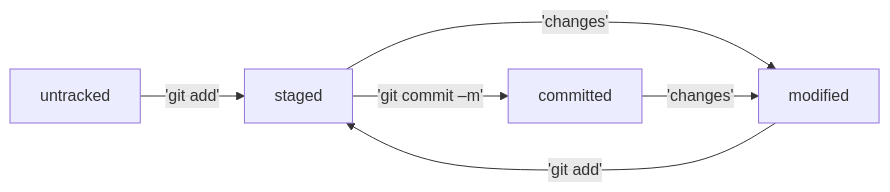
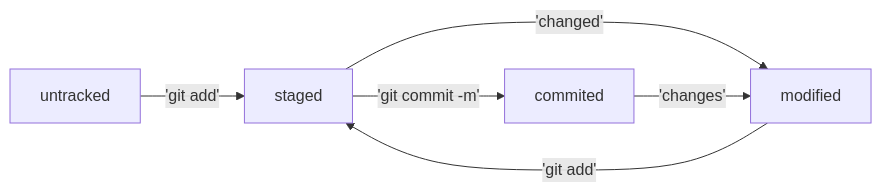
The diagram in README.md (SSokol-yoy/second-project), drawn with Mermaid before and after one commit. The commit also changed other lines of this file, not shown here.

````diff
--- a/README.md
+++ b/README.md
@@ -132,8 +133,8 @@
-```mermaid
-graph LR;
-  untracked -- 'git add' --> staged;
-  staged  -- 'git commit –m'  --> committed;
-  staged -- 'changes' --> modified;
-  committed  -- 'changes' --> modified;
-  modified -- 'git add' --> staged;
-```  
+```mermaid  
+graph LR;  
+untracked -- 'git add' --> staged;  
+staged -- 'git commit -m' -->commited;  
+staged -- 'changed' --> modified;  
+commited -- 'changes' --> modified;  
+modified -- 'git add' --> staged  
+```
````
